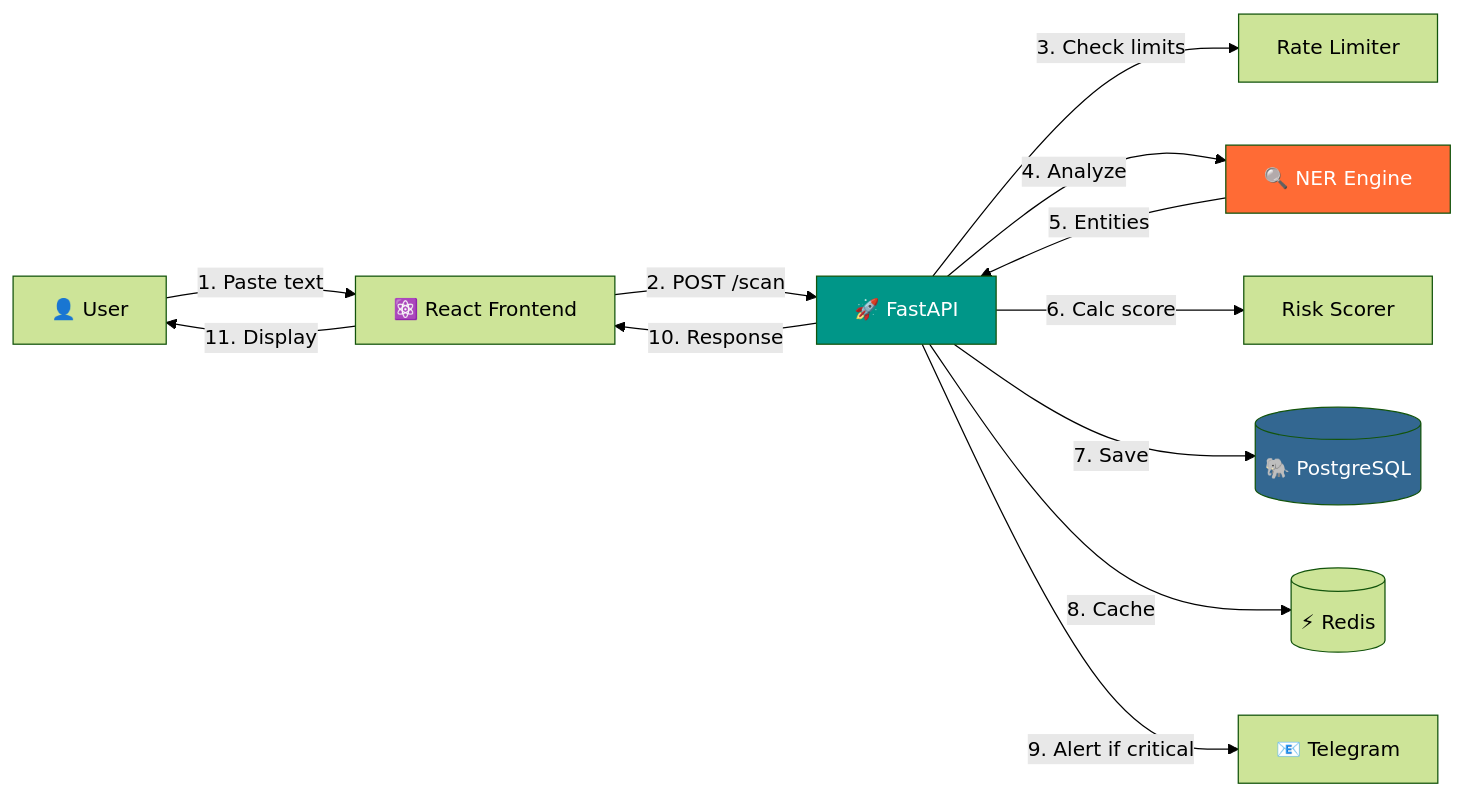
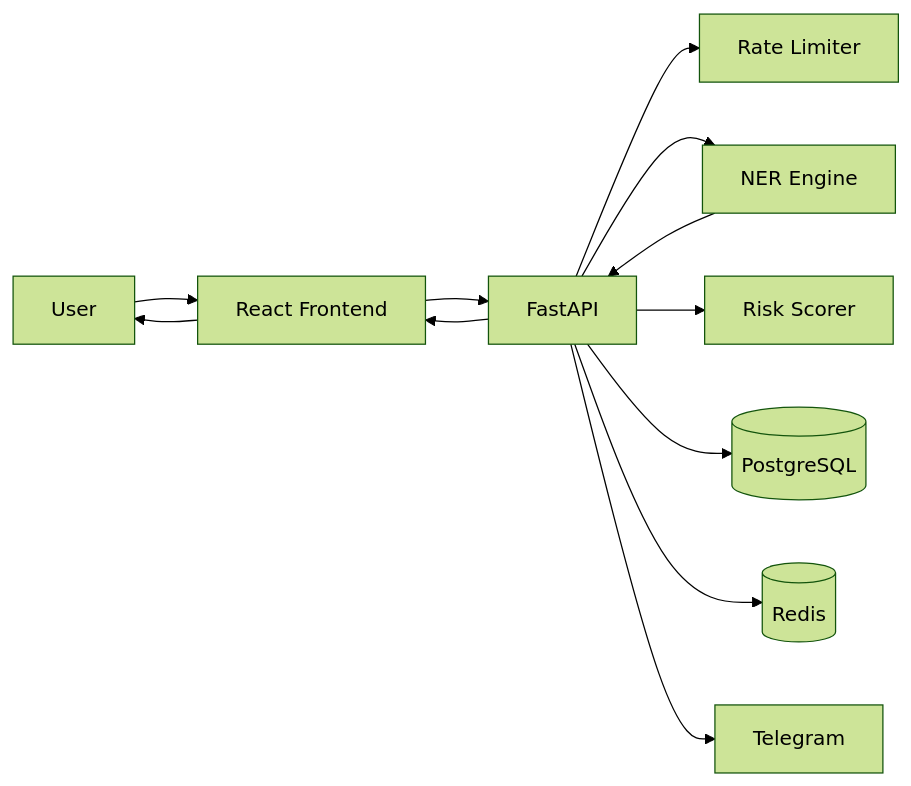
Before and after one commit to Khan-Feroz211/MyCyber-Project: the fifth of 6 diagrams in README.md, drawn with Mermaid (forest theme). The commit also changed other lines of this file, not shown here.

Commit message:
docs: fix all mermaid diagrams for GitHub - remove init blocks, style statements, simplify syntax

````diff
--- a/README.md
+++ b/README.md
@@ -225,18 +184,14 @@
 ```mermaid
 graph LR
-    U[👤 User] -->|1. Paste text| FE[⚛️ React Frontend]
-    FE -->|2. POST /scan| API[🚀 FastAPI]
-    API -->|3. Check limits| RATE[Rate Limiter]
-    API -->|4. Analyze| NER[🔍 NER Engine]
-    NER -->|5. Entities| API
-    API -->|6. Calc score| RISK[Risk Scorer]
-    API -->|7. Save| DB[(🐘 PostgreSQL)]
-    API -->|8. Cache| RED[(⚡ Redis)]
-    API -->|9. Alert if critical| TEL[📧 Telegram]
-    API -->|10. Response| FE
-    FE -->|11. Display| U
-    
-    style API fill:#009688,color:#fff
-    style NER fill:#FF6B35,color:#fff
-    style DB fill:#336791,color:#fff
+    U[User] --> FE[React Frontend]
+    FE --> API[FastAPI]
+    API --> RATE[Rate Limiter]
+    API --> NER[NER Engine]
+    NER --> API
+    API --> RISK[Risk Scorer]
+    API --> DB[(PostgreSQL)]
+    API --> RED[(Redis)]
+    API --> TEL[Telegram]
+    API --> FE
+    FE --> U
 ```
````
